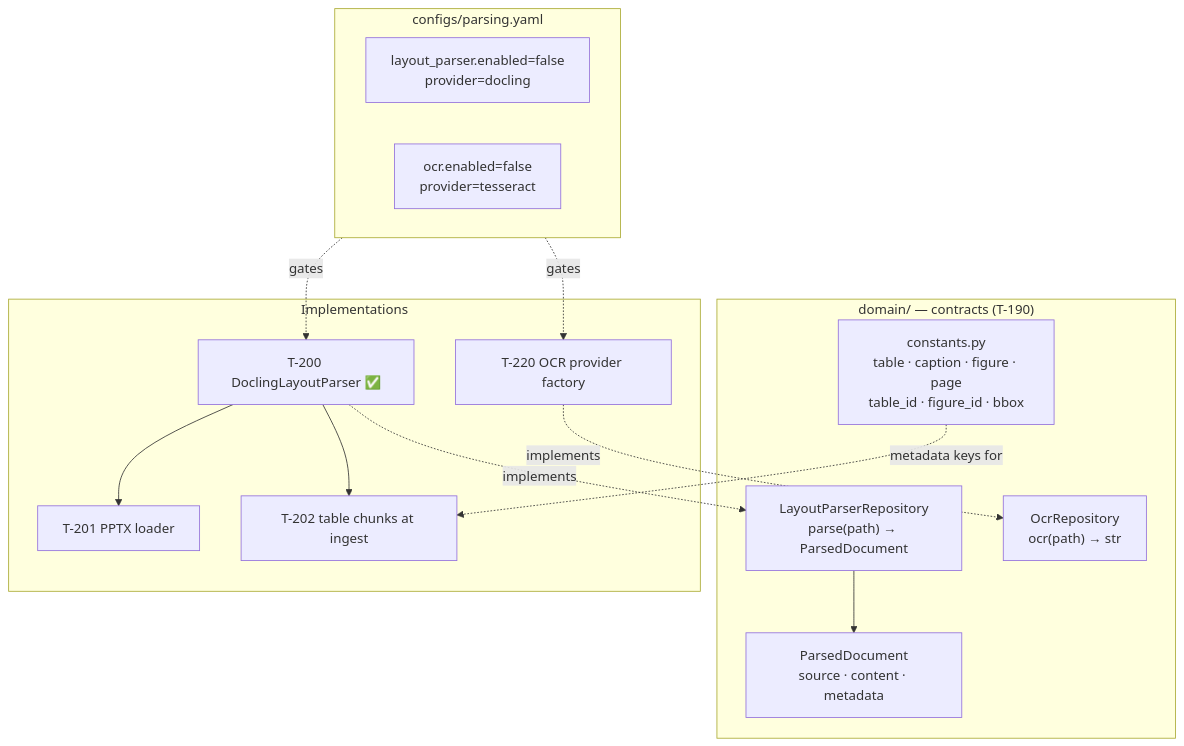
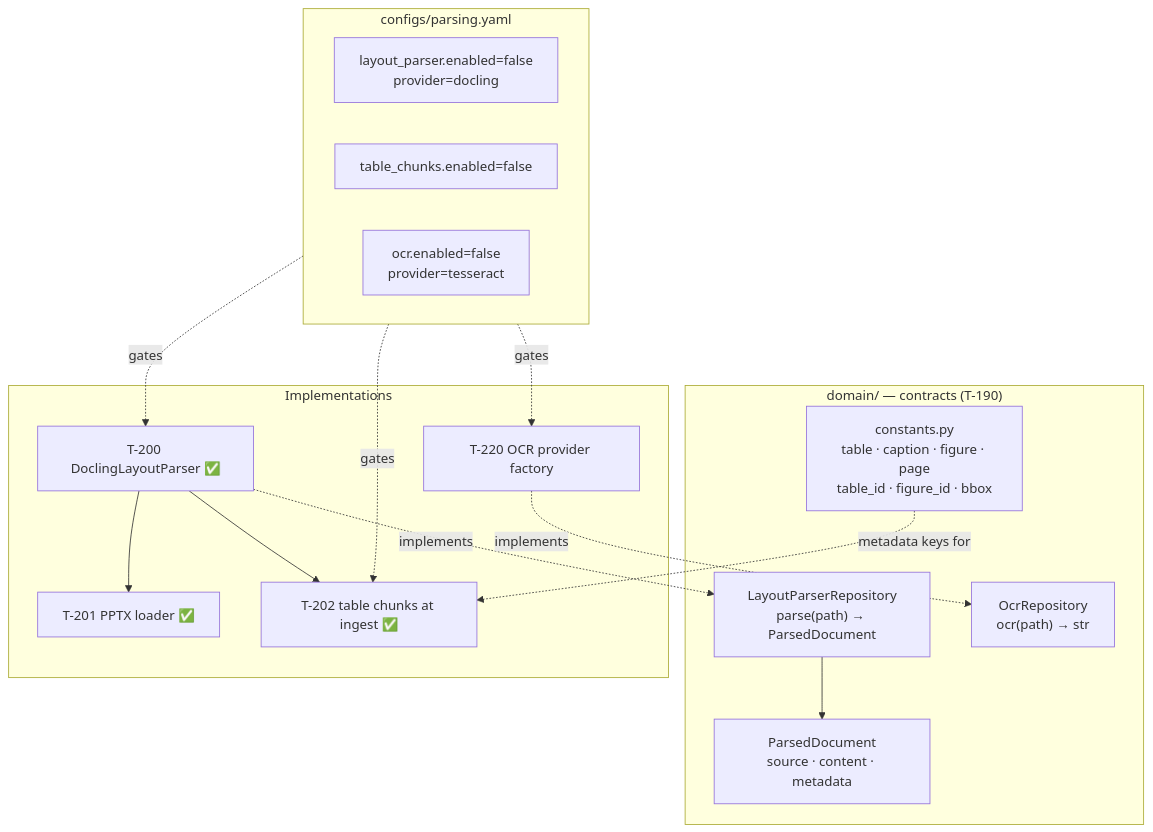
The fourth of 21 diagrams in README.md (ealbertoav/rag_platform), drawn with Mermaid before and after one commit. The commit also changed other lines of this file and 1 other file, not shown here.

First line of the commit message:
Add stable UUIDv5 IDs for table chunks and sync logic:

````diff
--- a/README.md
+++ b/README.md
@@ -573,30 +579,32 @@
 ```mermaid
 flowchart TB
     subgraph DOMAIN["domain/ — contracts (T-190)"]
         LPR["LayoutParserRepository<br/>parse(path) → ParsedDocument"]
         OCR["OcrRepository<br/>ocr(path) → str"]
         PD["ParsedDocument<br/>source · content · metadata"]
         CONST["constants.py<br/>table · caption · figure · page<br/>table_id · figure_id · bbox"]
     end
 
     subgraph CONFIG["configs/parsing.yaml"]
         LPSET["layout_parser.enabled=false<br/>provider=docling"]
+        TCSET["table_chunks.enabled=false"]
         OCRSET["ocr.enabled=false<br/>provider=tesseract"]
     end
 
     subgraph IMPL["Implementations"]
         T200["T-200 DoclingLayoutParser ✅"]
-        T201["T-201 PPTX loader"]
+        T201["T-201 PPTX loader ✅"]
+        T202["T-202 table chunks at ingest ✅"]
         T220["T-220 OCR provider factory"]
-        T202["T-202 table chunks at ingest"]
     end
 
     LPR --> PD
     CONFIG -.->|gates| T200
+    CONFIG -.->|gates| T202
     CONFIG -.->|gates| T220
     T200 -.->|implements| LPR
     T220 -.->|implements| OCR
     T200 --> T201
     T200 --> T202
     CONST -.->|metadata keys for| T202
 ```
````
